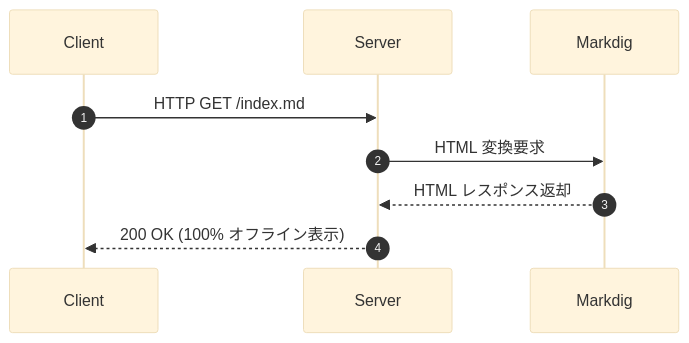
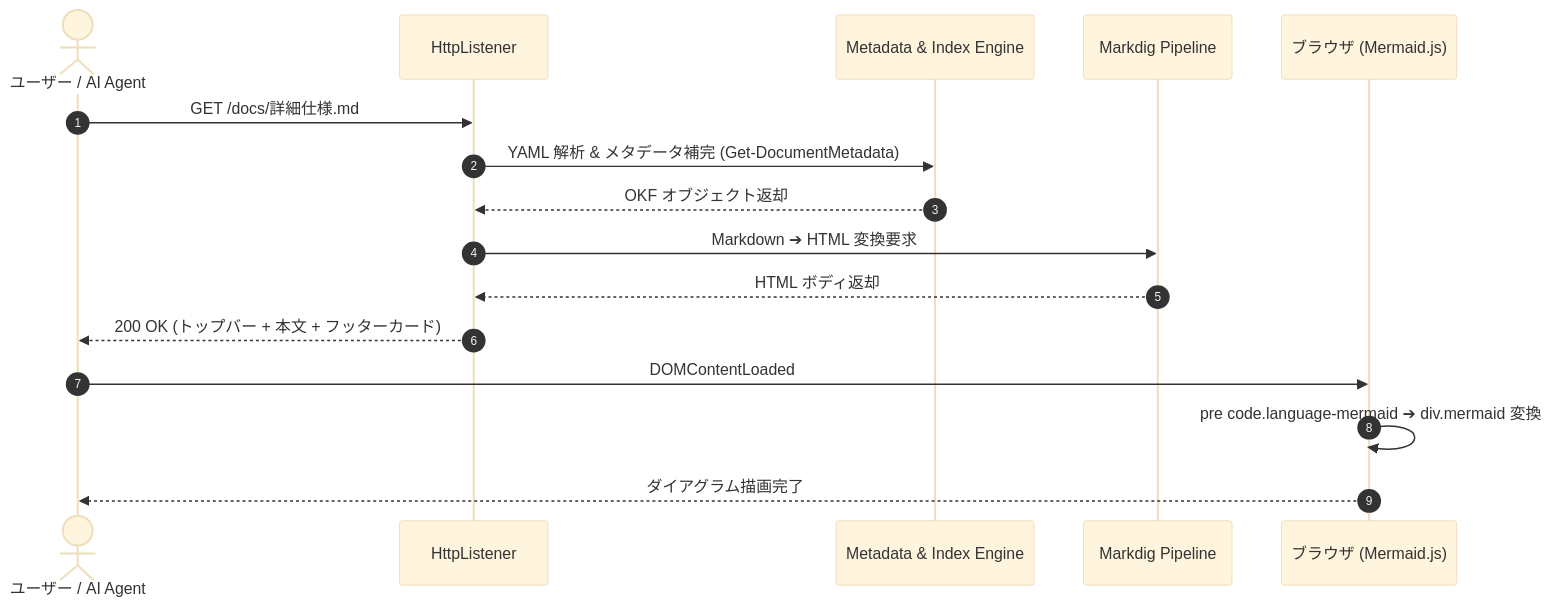
One commit to chottokun/SimpleWiki changed the first of 3 diagrams in markdown_sample/docs/詳細仕様.md. Above: the diagram before and after it, drawn with Mermaid (base theme). The commit also changed other lines of this file and 5 other files, not shown here.

Commit message:
docs: enrich sample documentation suite into comprehensive self-documenting wiki with Mermaid diagrams

````diff
--- a/markdown_sample/docs/詳細仕様.md
+++ b/markdown_sample/docs/詳細仕様.md
@@ -33,8 +43,19 @@
 ```mermaid
 sequenceDiagram
     autonumber
-    Client->>Server: HTTP GET /index.md
-    Server->>Markdig: HTML 変換要求
-    Markdig-->>Server: HTML レスポンス返却
-    Server-->>Client: 200 OK (100% オフライン表示)
+    actor User as ユーザー / AI Agent
+    participant Listener as HttpListener
+    participant Engine as Metadata & Index Engine
+    participant Markdig as Markdig Pipeline
+    participant Browser as ブラウザ (Mermaid.js)
+
+    User->>Listener: GET /docs/詳細仕様.md
+    Listener->>Engine: YAML 解析 & メタデータ補完 (Get-DocumentMetadata)
+    Engine-->>Listener: OKF オブジェクト返却
+    Listener->>Markdig: Markdown ➔ HTML 変換要求
+    Markdig-->>Listener: HTML ボディ返却
+    Listener-->>User: 200 OK (トップバー + 本文 + フッターカード)
+    User->>Browser: DOMContentLoaded
+    Browser->>Browser: pre code.language-mermaid ➔ div.mermaid 変換
+    Browser-->>User: ダイアグラム描画完了
 ```
````
